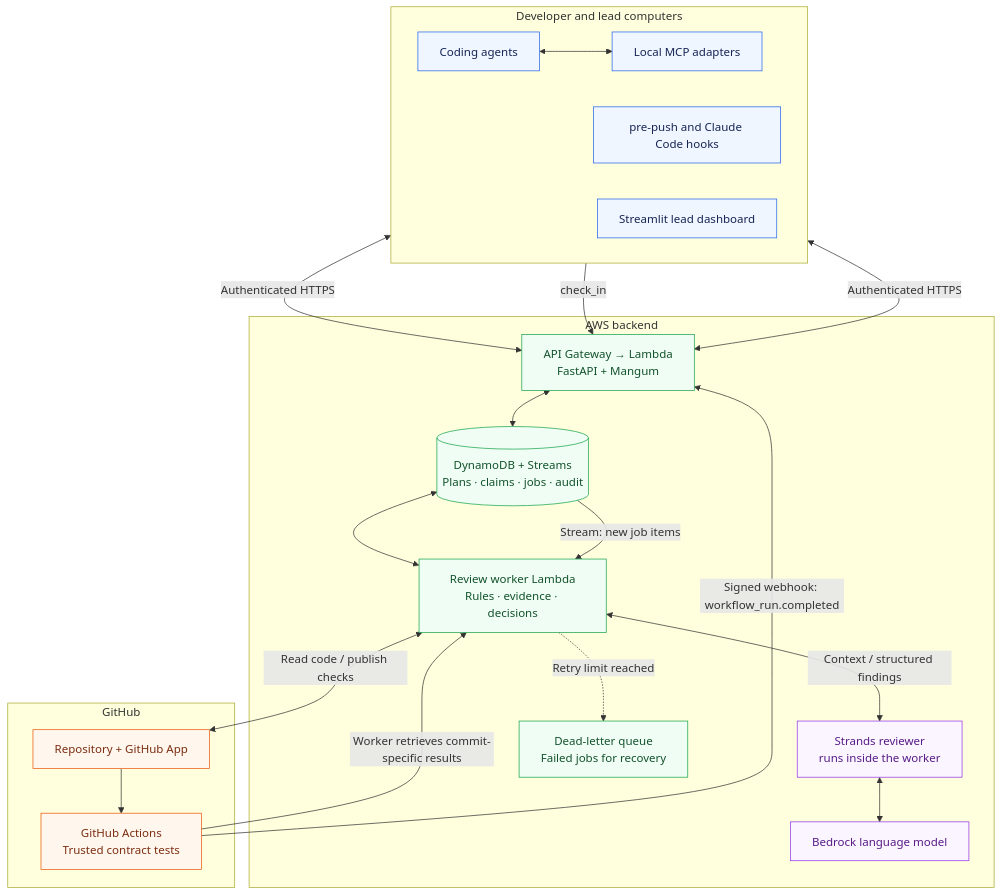
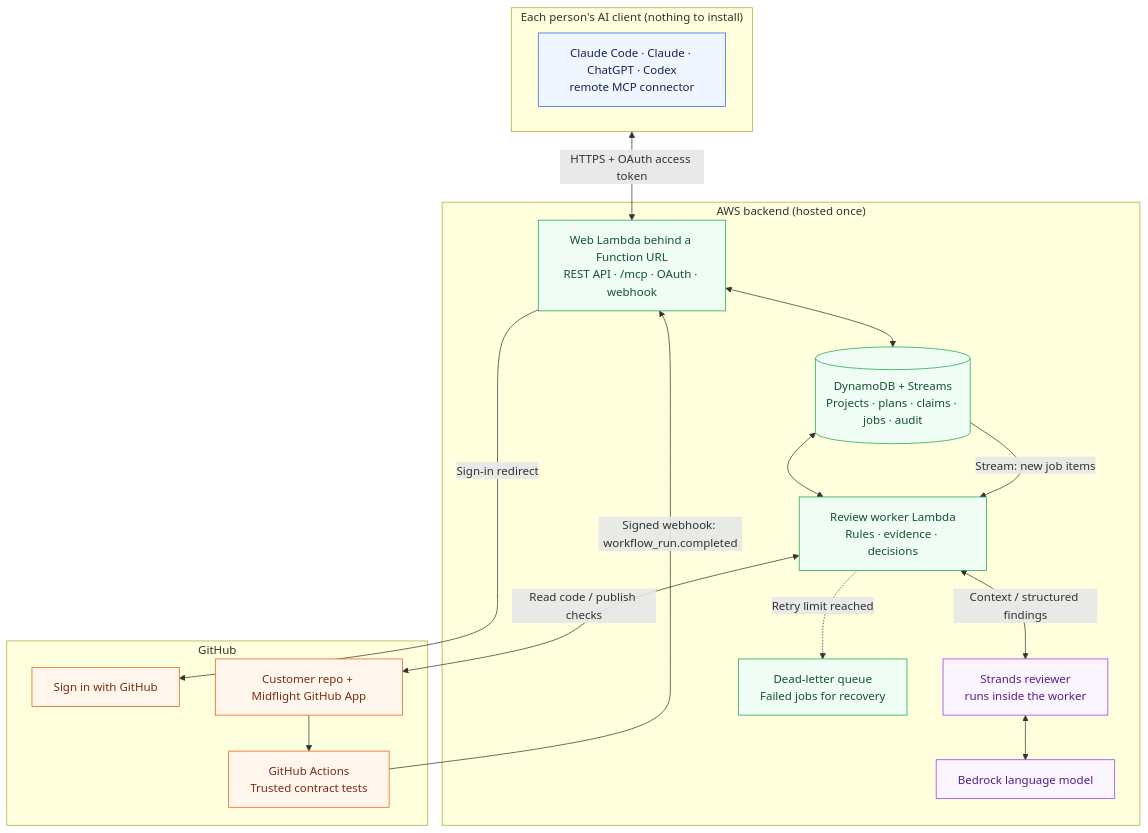
Before and after one commit to MidFlightt/MidFlight: the first of 3 diagrams in docs/architecture.md, drawn with Mermaid. The commit also changed other lines of this file and 10 other files, not shown here.

First line of the commit message:
docs: plan v0.2, Midflight as a hosted connector (D16-D20)

````diff
--- a/docs/architecture.md
+++ b/docs/architecture.md
@@ -9,47 +12,44 @@
 ```mermaid
 flowchart TB
-    subgraph LOCAL["Developer and lead computers"]
+    subgraph CLIENTS["Each person's AI client (nothing to install)"]
         direction LR
-        Agents["Coding agents"] <--> MCP["Local MCP adapters"]
-        Hooks["pre-push and Claude Code hooks"]
-        Dashboard["Streamlit lead dashboard"]
+        Agents["Claude Code · Claude · ChatGPT · Codex<br/>remote MCP connector"]
     end
 
-    subgraph AWS["AWS backend"]
-        API["API Gateway → Lambda<br/>FastAPI + Mangum"]
-        DB[("DynamoDB + Streams<br/>Plans · claims · jobs · audit")]
+    subgraph AWS["AWS backend (hosted once)"]
+        Web["Web Lambda behind a Function URL<br/>REST API · /mcp · OAuth · webhook"]
+        DB[("DynamoDB + Streams<br/>Projects · plans · claims · jobs · audit")]
         Worker["Review worker Lambda<br/>Rules · evidence · decisions"]
         Reviewer["Strands reviewer<br/>runs inside the worker"]
         Model["Bedrock language model"]
         Failed["Dead-letter queue<br/>Failed jobs for recovery"]
 
-        API <--> DB
+        Web <--> DB
         DB -->|"Stream: new job items"| Worker
         Worker -.->|"Retry limit reached"| Failed
         Worker <--> DB
         Worker <-->|"Context / structured findings"| Reviewer
         Reviewer <--> Model
     end
 
     subgraph GITHUB["GitHub"]
-        Repo["Repository + GitHub App"]
+        Login["Sign in with GitHub"]
+        Repo["Customer repo + Midflight GitHub App"]
         CI["GitHub Actions<br/>Trusted contract tests"]
         Repo --> CI
     end
 
-    MCP <-->|"Authenticated HTTPS"| API
-    Hooks -->|"check_in"| API
-    Dashboard <-->|"Authenticated HTTPS"| API
-    CI -->|"Signed webhook: workflow_run.completed"| API
+    Agents <-->|"HTTPS + OAuth access token"| Web
+    Web -->|"Sign-in redirect"| Login
+    CI -->|"Signed webhook: workflow_run.completed"| Web
     Worker <-->|"Read code / publish checks"| Repo
-    CI -->|"Worker retrieves commit-specific results"| Worker
 
     classDef client fill:#eff6ff,stroke:#2563eb,color:#172554;
     classDef service fill:#f0fdf4,stroke:#16a34a,color:#14532d;
     classDef reasoning fill:#faf5ff,stroke:#9333ea,color:#581c87;
     classDef evidence fill:#fff7ed,stroke:#ea580c,color:#7c2d12;
-    class Agents,MCP,Hooks,Dashboard client;
-    class API,DB,Worker,Failed service;
+    class Agents client;
+    class Web,DB,Worker,Failed service;
     class Reviewer,Model reasoning;
-    class Repo,CI evidence;
+    class Login,Repo,CI evidence;
 ```
````
